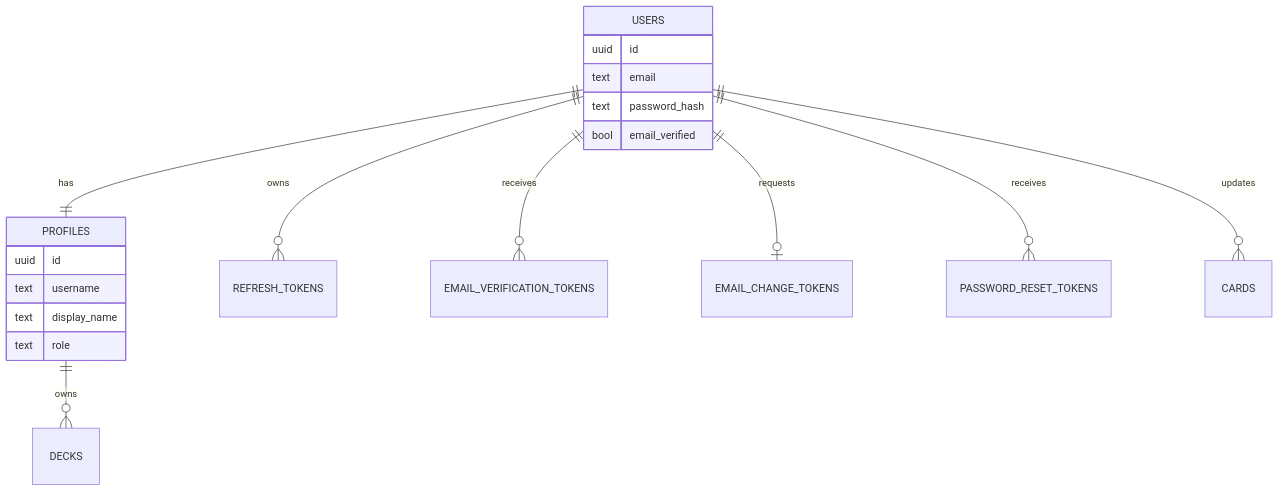
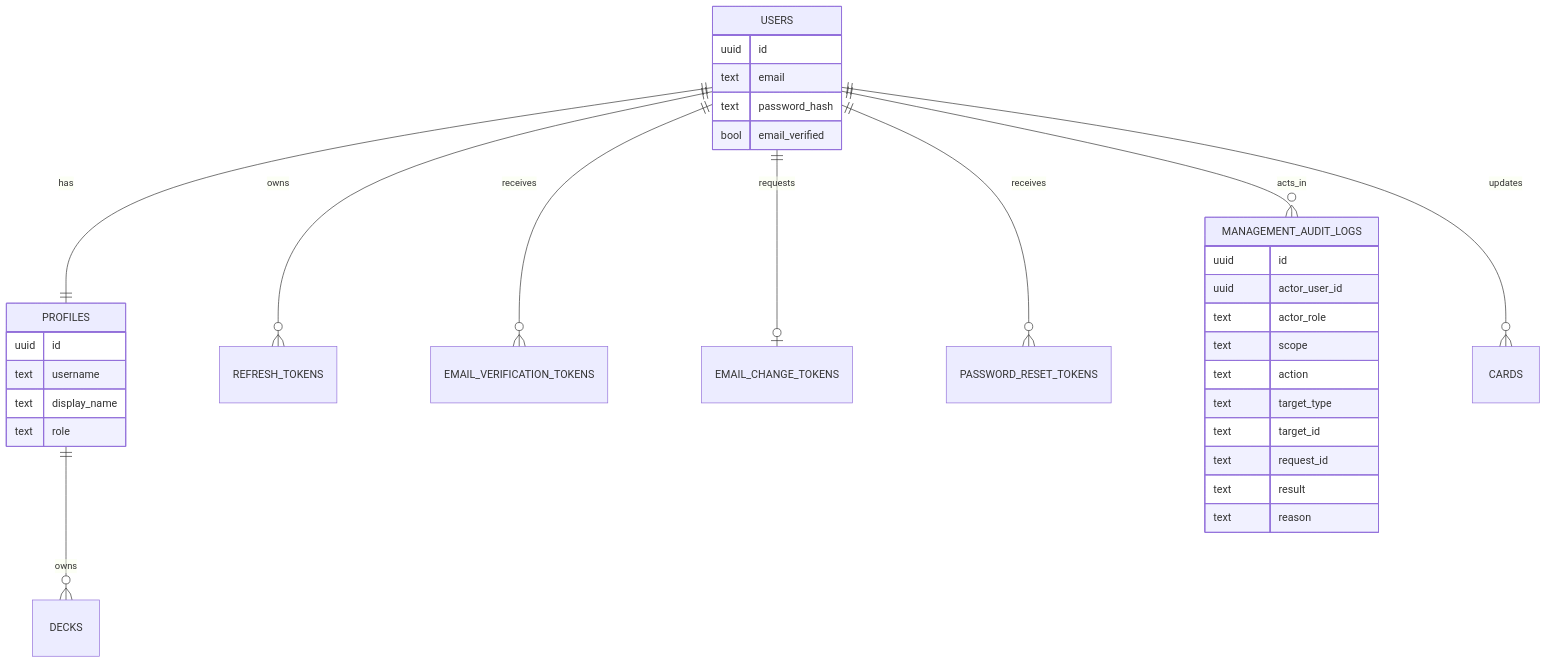
Before and after one commit to catmeow123456/loveca-dev: the eighth of 9 diagrams in docs/system-design.md, drawn with Mermaid. The commit also changed other lines of this file and 54 other files, not shown here.

````diff
--- a/docs/system-design.md
+++ b/docs/system-design.md
@@ -441,23 +453,36 @@
 ```mermaid
 erDiagram
     USERS ||--|| PROFILES : has
     USERS ||--o{ REFRESH_TOKENS : owns
     USERS ||--o{ EMAIL_VERIFICATION_TOKENS : receives
     USERS ||--o| EMAIL_CHANGE_TOKENS : requests
     USERS ||--o{ PASSWORD_RESET_TOKENS : receives
+    USERS ||--o{ MANAGEMENT_AUDIT_LOGS : acts_in
     PROFILES ||--o{ DECKS : owns
     USERS ||--o{ CARDS : updates
 
     USERS {
       uuid id
       text email
       text password_hash
       bool email_verified
     }
     PROFILES {
       uuid id
       text username
       text display_name
       text role
     }
+    MANAGEMENT_AUDIT_LOGS {
+      uuid id
+      uuid actor_user_id
+      text actor_role
+      text scope
+      text action
+      text target_type
+      text target_id
+      text request_id
+      text result
+      text reason
+    }
 ```
````
